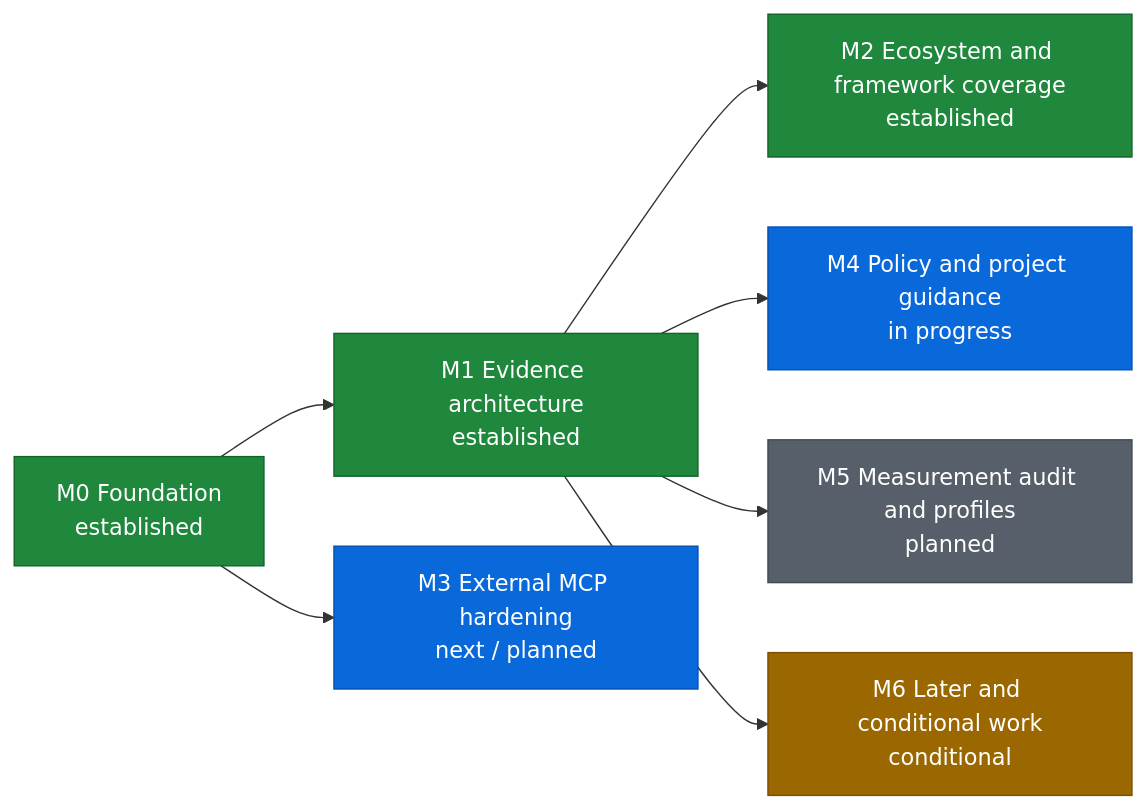
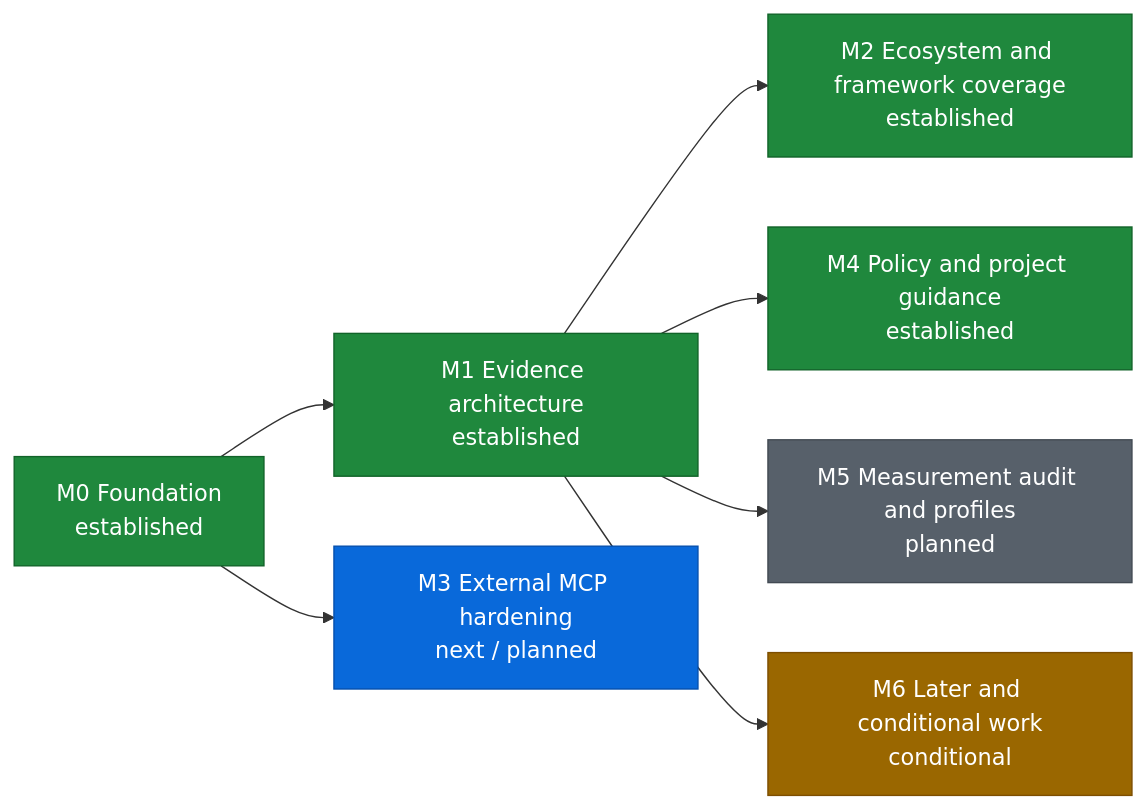
The diagram in ROADMAP.md (xeonvs/open-code-review-toolkit), drawn with Mermaid before and after one commit. The commit also changed other lines of this file and 61 other files, not shown here.

````diff
--- a/ROADMAP.md
+++ b/ROADMAP.md
@@ -8,19 +8,19 @@
 ```mermaid
 flowchart LR
     M0["M0 Foundation<br/>established"] --> M1["M1 Evidence architecture<br/>established"]
     M0 --> M3["M3 External MCP hardening<br/>next / planned"]
     M1 --> M2["M2 Ecosystem and framework coverage<br/>established"]
-    M1 --> M4["M4 Policy and project guidance<br/>in progress"]
+    M1 --> M4["M4 Policy and project guidance<br/>established"]
     M1 --> M5["M5 Measurement audit and profiles<br/>planned"]
     M1 --> M6["M6 Later and conditional work<br/>conditional"]
 
     classDef established fill:#1f883d,stroke:#116329,color:#ffffff
     classDef next fill:#0969da,stroke:#0550ae,color:#ffffff
     classDef planned fill:#57606a,stroke:#424a53,color:#ffffff
     classDef conditional fill:#9a6700,stroke:#7d4e00,color:#ffffff
 
-    class M0,M1,M2 established
-    class M3,M4 next
+    class M0,M1,M2,M4 established
+    class M3 next
     class M5 planned
     class M6 conditional
 ```
````
